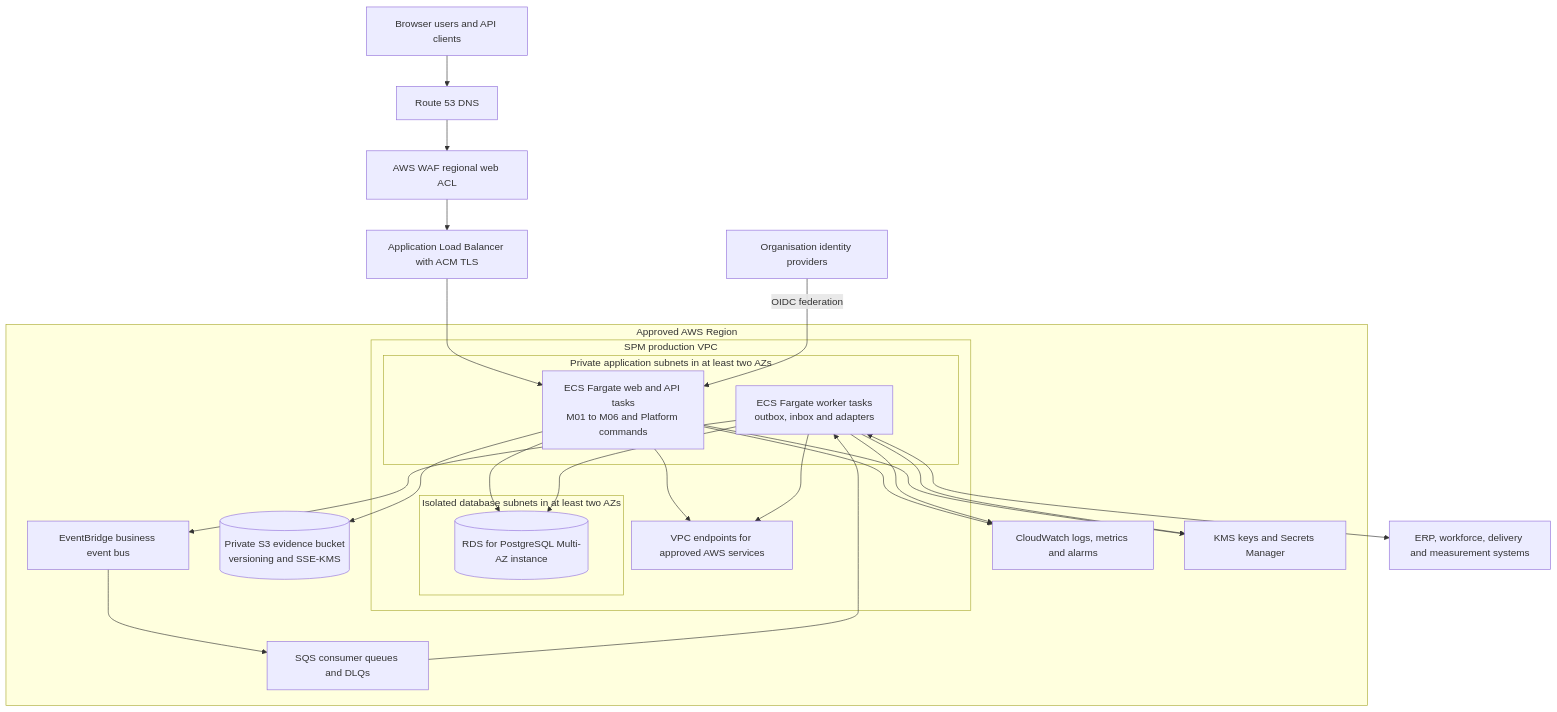
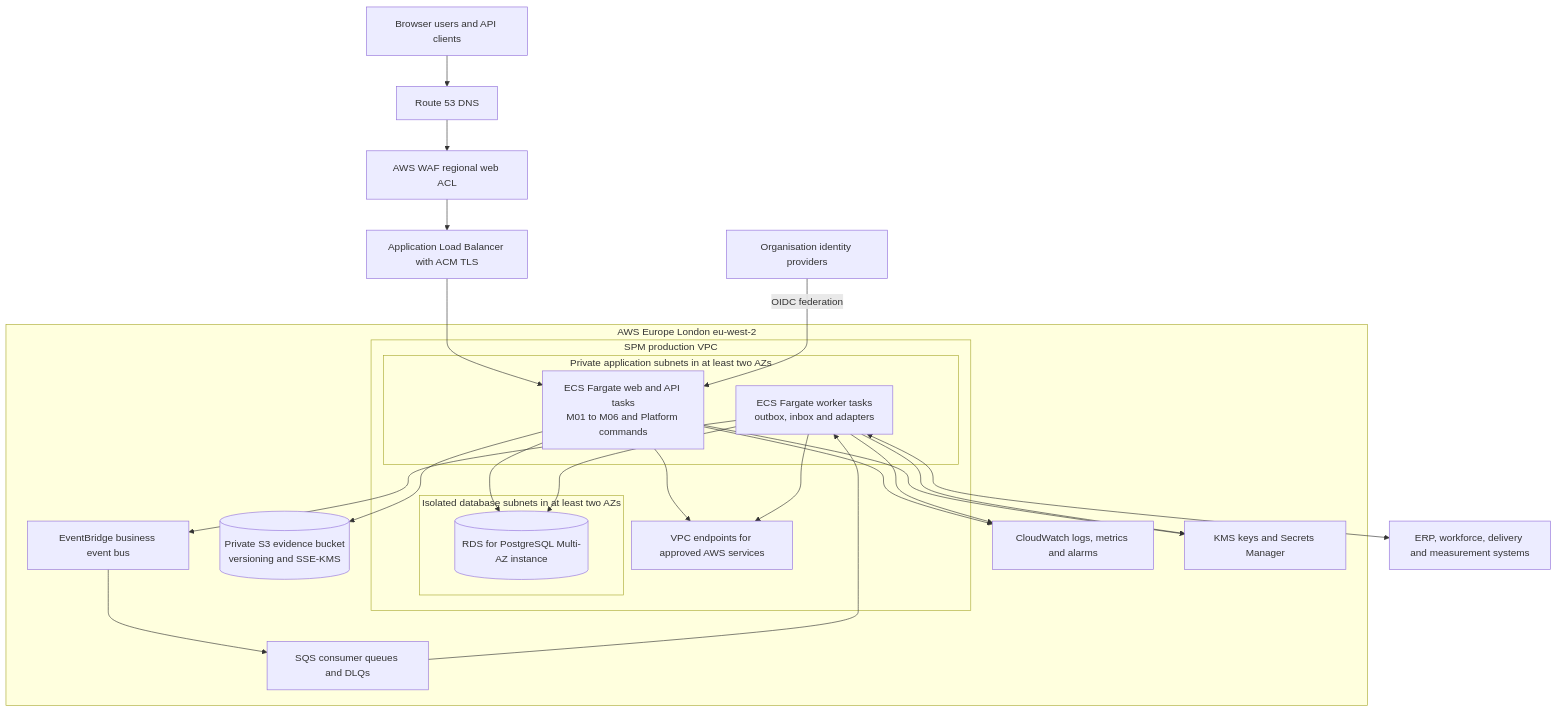
Before and after one commit to squire1310/Strategic_Portfolio_Management: the diagram in docs/physical-architecture-aws.md, drawn with Mermaid. The commit also changed other lines of this file, not shown here.

Commit message:
Fix AWS physical architecture to London region

````diff
--- a/docs/physical-architecture-aws.md
+++ b/docs/physical-architecture-aws.md
@@ -14,39 +16,39 @@
 ```mermaid
 flowchart TB
   U[Browser users and API clients]
   IDP[Organisation identity providers]
   DNS[Route 53 DNS]
   WAF[AWS WAF regional web ACL]
   ALB[Application Load Balancer with ACM TLS]
-  subgraph REGION[Approved AWS Region]
+  subgraph REGION[AWS Europe London eu-west-2]
     subgraph VPC[SPM production VPC]
       subgraph APP[Private application subnets in at least two AZs]
         WEB[ECS Fargate web and API tasks<br/>M01 to M06 and Platform commands]
         WORK[ECS Fargate worker tasks<br/>outbox, inbox and adapters]
       end
       subgraph DATA[Isolated database subnets in at least two AZs]
         RDS[(RDS for PostgreSQL Multi-AZ instance)]
       end
       ENDPOINTS[VPC endpoints for approved AWS services]
     end
     S3[(Private S3 evidence bucket<br/>versioning and SSE-KMS)]
     BUS[EventBridge business event bus]
     Q[SQS consumer queues and DLQs]
     OBS[CloudWatch logs, metrics and alarms]
     KEY[KMS keys and Secrets Manager]
   end
   EXT[ERP, workforce, delivery and measurement systems]
   U --> DNS --> WAF --> ALB --> WEB
   IDP -->|OIDC federation| WEB
   WEB --> RDS
   WEB --> S3
   WEB --> OBS
   WORK --> RDS
   WORK --> BUS --> Q --> WORK
   WORK <--> EXT
   WORK --> OBS
   WEB --> KEY
   WORK --> KEY
   WEB --> ENDPOINTS
   WORK --> ENDPOINTS
 ```
````
